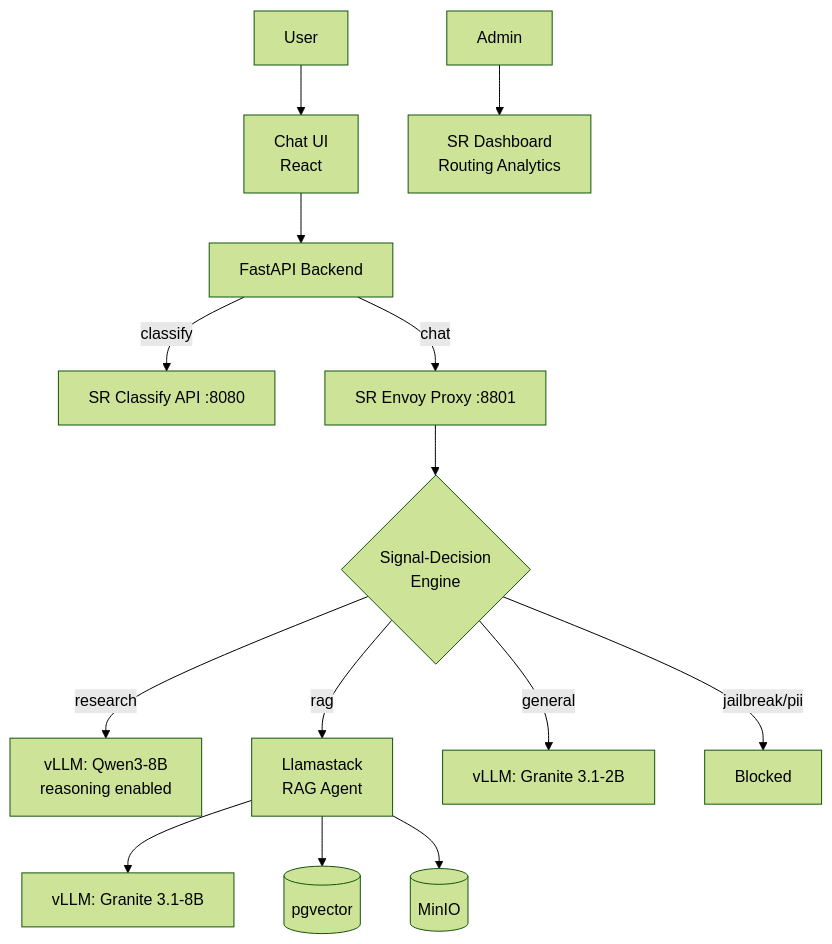
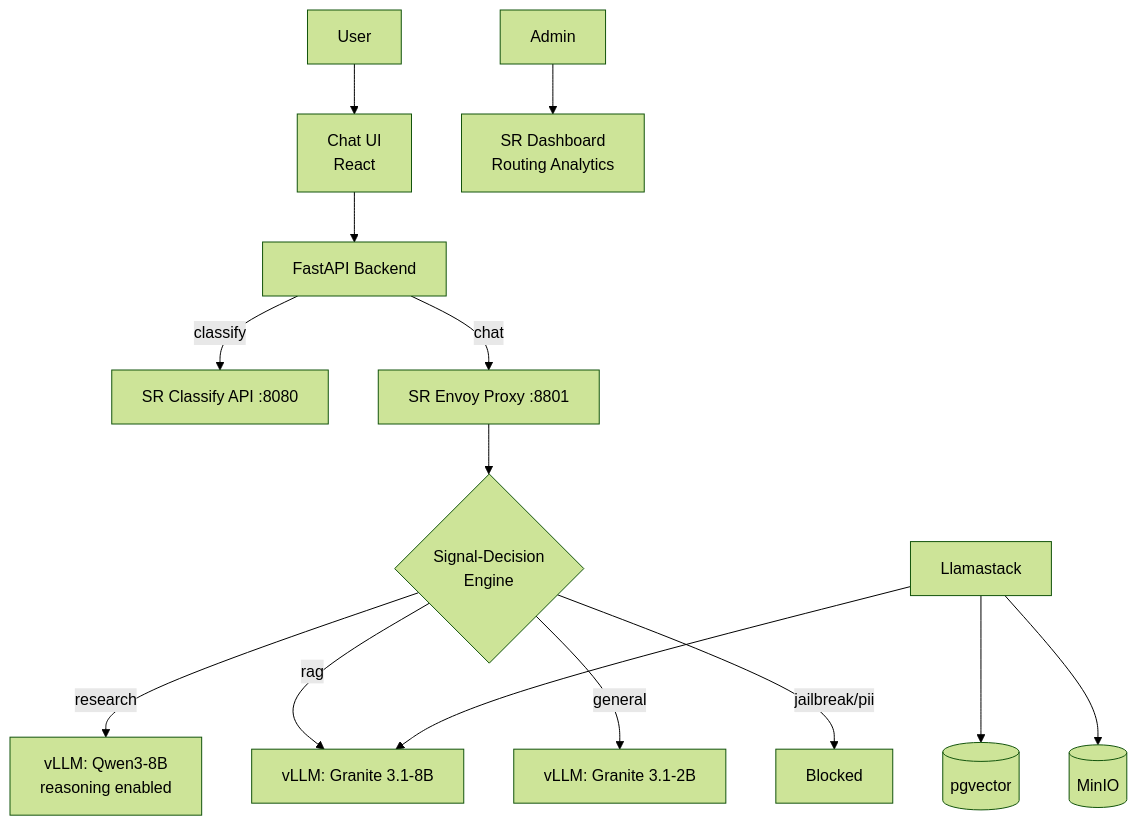
One commit to Hadar301/vllm-semantic-router changed the diagram in README.md. Above: the diagram before and after it, drawn with Mermaid (forest theme). The commit also changed other lines of this file, not shown here.

````diff
--- a/README.md
+++ b/README.md
@@ -9,20 +40,20 @@
 ```mermaid
 graph TB
     User[User] --> ChatUI[Chat UI<br/>React]
     Admin[Admin] --> SRDASH[SR Dashboard<br/>Routing Analytics]
 
     ChatUI --> API[FastAPI Backend]
     API -->|classify| SR_API[SR Classify API :8080]
     API -->|chat| SR_ENVOY[SR Envoy Proxy :8801]
 
     SR_ENVOY --> SD{Signal-Decision<br/>Engine}
 
     SD -->|research| VLLM1[vLLM: Qwen3-8B<br/>reasoning enabled]
-    SD -->|rag| LS[Llamastack<br/>RAG Agent]
+    SD -->|rag| VLLM2[vLLM: Granite 3.1-8B]
     SD -->|general| VLLM3[vLLM: Granite 3.1-2B]
     SD -->|jailbreak/pii| BLOCK[Blocked]
 
-    LS --> VLLM2[vLLM: Granite 3.1-8B]
+    LS[Llamastack] --> VLLM2
     LS --> PGV[(pgvector)]
     LS --> MINIO[(MinIO)]
 ```
````
